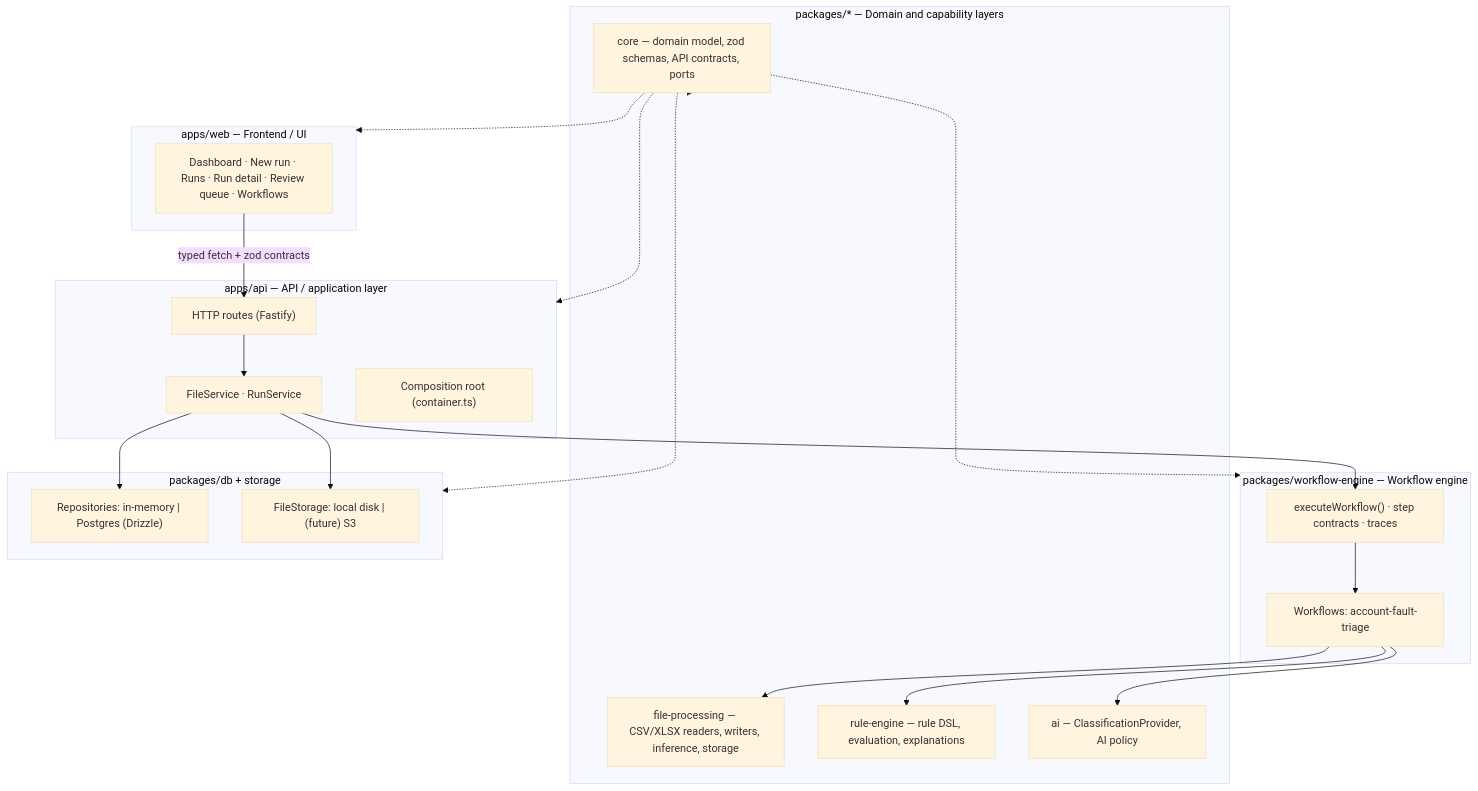
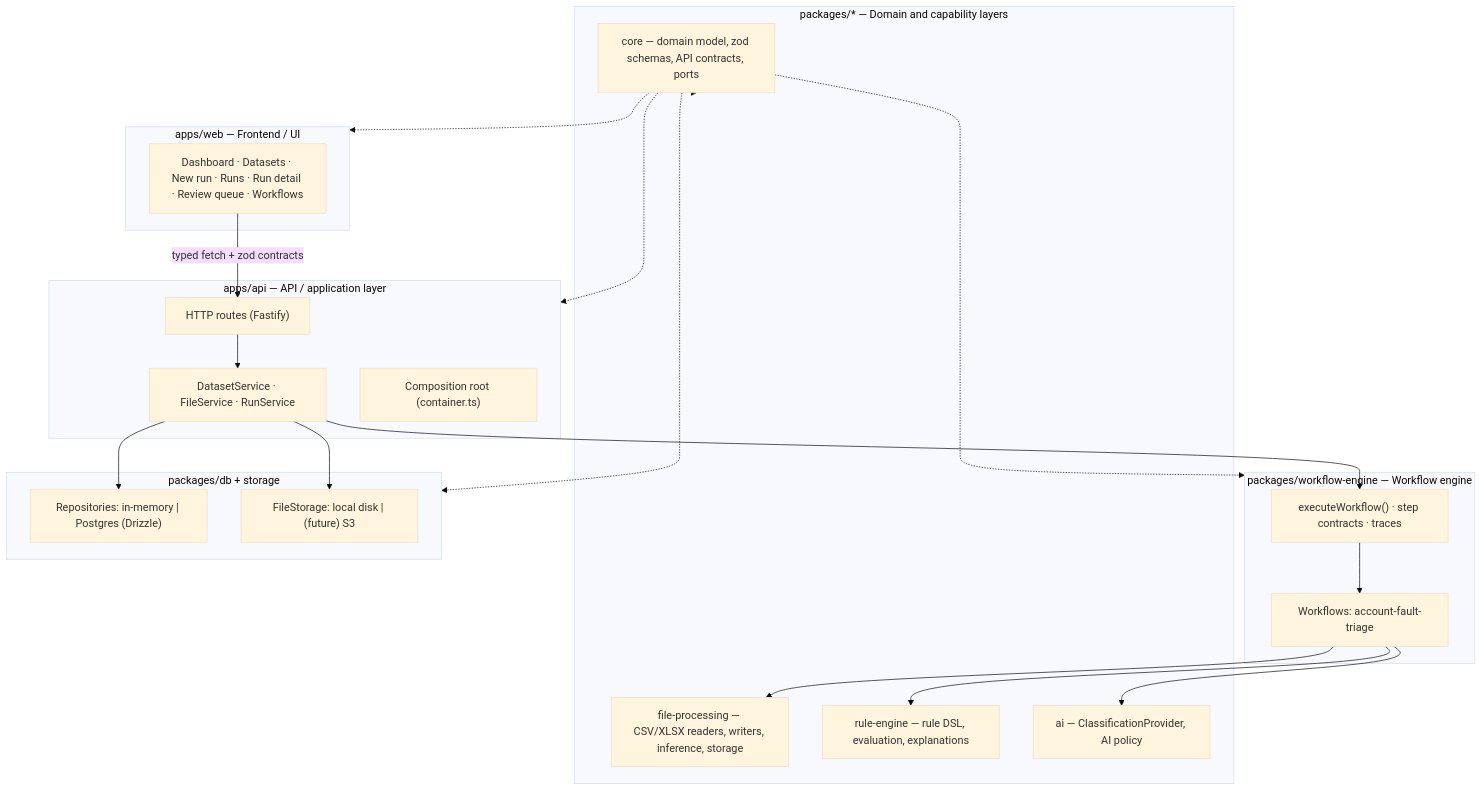
Before and after one commit to JustABeing00/Sheetpilot: the diagram in docs/architecture.md, drawn with Mermaid (base theme). The commit also changed other lines of this file and 42 other files, not shown here.

````diff
--- a/docs/architecture.md
+++ b/docs/architecture.md
@@ -14,44 +14,44 @@
 ```mermaid
 flowchart TB
   subgraph UI["apps/web — Frontend / UI"]
-    pages["Dashboard · New run · Runs · Run detail · Review queue · Workflows"]
+    pages["Dashboard · Datasets · New run · Runs · Run detail · Review queue · Workflows"]
   end
 
   subgraph API["apps/api — API / application layer"]
     routes["HTTP routes (Fastify)"]
-    services["FileService · RunService"]
+    services["DatasetService · FileService · RunService"]
     container["Composition root (container.ts)"]
   end
 
   subgraph ENGINE["packages/workflow-engine — Workflow engine"]
     runner["executeWorkflow() · step contracts · traces"]
     wf["Workflows: account-fault-triage"]
   end
 
   subgraph DOMAIN["packages/* — Domain and capability layers"]
     core["core — domain model, zod schemas, API contracts, ports"]
     files["file-processing — CSV/XLSX readers, writers, inference, storage"]
     rules["rule-engine — rule DSL, evaluation, explanations"]
     ai["ai — ClassificationProvider, AI policy"]
   end
 
   subgraph DATA["packages/db + storage"]
     repos["Repositories: in-memory | Postgres (Drizzle)"]
     store["FileStorage: local disk | (future) S3"]
   end
 
   pages -->|"typed fetch + zod contracts"| routes
   routes --> services
   services --> runner
   runner --> wf
   wf --> files
   wf --> rules
   wf --> ai
   services --> repos
   services --> store
   core -.-> UI
   core -.-> API
   core -.-> ENGINE
   core -.-> DOMAIN
   core -.-> DATA
 ```
````
